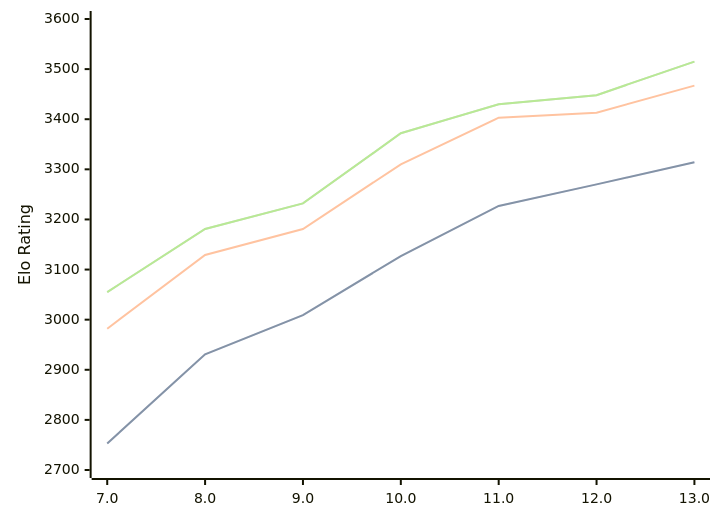
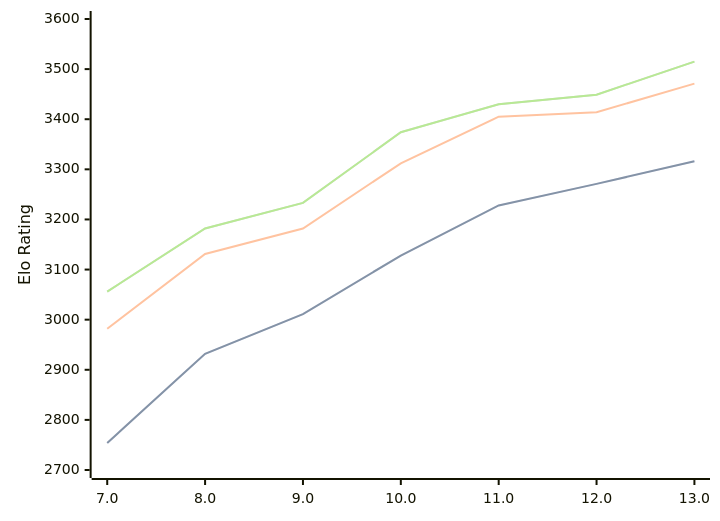
One commit to computer-chess-index/cci changed the diagram in engines/Tcheran.md. Above: the diagram before and after it, drawn with Mermaid. The commit also changed other lines of this file, not shown here.

Commit message:
Update CCI Ratings (ELO VLTC) - 2026-07-23

````diff
--- a/engines/Tcheran.md
+++ b/engines/Tcheran.md
@@ -51,11 +51,11 @@
 ```mermaid
 %%{init: {"theme":"base","themeVariables":{"seriesColors:['#a3a3a3','#222221','#faa371']}}}%%
 xychart-beta
   x-axis ["7.0", "8.0", "9.0", "10.0", "11.0", "12.0", "13.0"]
   y-axis "Elo Rating" 2700 --> 3600
-  line "STC (8.0+0.08s)" [2753, 2931, 3009, 3127, 3227, 3270, 3314]
-  line "STC (8.0+0.08s)" [2753, 2931, 3009, 3127, 3227, 3270, 3314]
-  line "LTC (60.0+0.60s)" [2982, 3129, 3181, 3310, 3403, 3413, 3467]
-  line "VLTC (2m24s+1.12s)" [3055, 3181, 3232, 3372, 3430, 3448, 3515]
-  line "VLTC (2m24s+1.12s)" [3055, 3181, 3232, 3372, 3430, 3448, 3515]
+  line "STC (8.0+0.08s)" [2754, 2932, 3011, 3128, 3228, 3271, 3316]
+  line "STC (8.0+0.08s)" [2754, 2932, 3011, 3128, 3228, 3271, 3316]
+  line "LTC (60.0+0.60s)" [2982, 3131, 3182, 3312, 3405, 3414, 3471]
+  line "VLTC (2m24s+1.12s)" [3056, 3182, 3233, 3374, 3430, 3449, 3515]
+  line "VLTC (2m24s+1.12s)" [3056, 3182, 3233, 3374, 3430, 3449, 3515]
 ```
````
